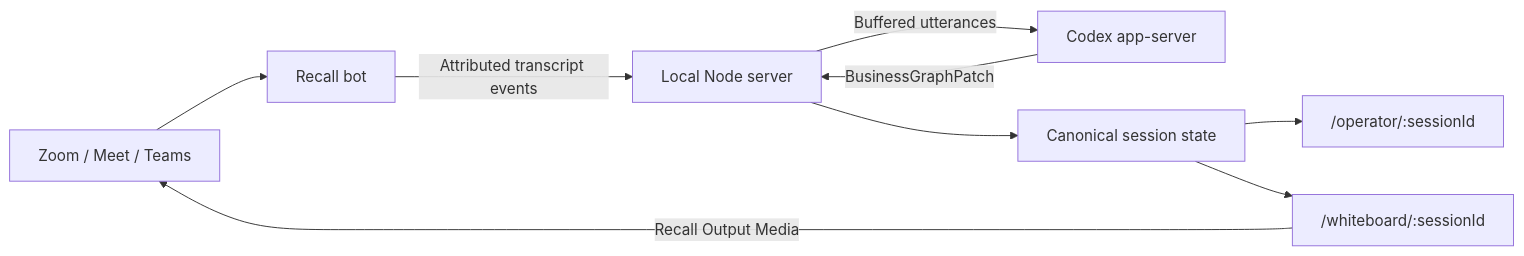
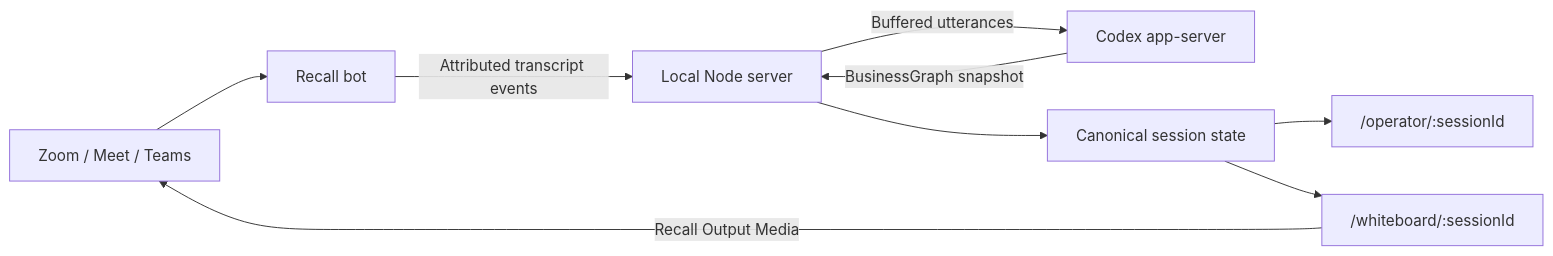
The first of 2 diagrams in handoff/artifacts/live-architect-base-prd.md (sergiopesch/scoutv2), drawn with Mermaid before and after one commit. The commit also changed other lines of this file and 16 other files, not shown here.

````diff
--- a/handoff/artifacts/live-architect-base-prd.md
+++ b/handoff/artifacts/live-architect-base-prd.md
@@ -124,11 +126,11 @@
 ```mermaid
 flowchart LR
     Meeting["Zoom / Meet / Teams"] --> Recall["Recall bot"]
     Recall -->|Attributed transcript events| Server["Local Node server"]
     Server -->|Buffered utterances| Codex["Codex app-server"]
-    Codex -->|BusinessGraphPatch| Server
+    Codex -->|BusinessGraph snapshot| Server
     Server --> State["Canonical session state"]
     State --> Operator["/operator/:sessionId"]
     State --> Whiteboard["/whiteboard/:sessionId"]
     Whiteboard -->|Recall Output Media| Meeting
 ```
````
